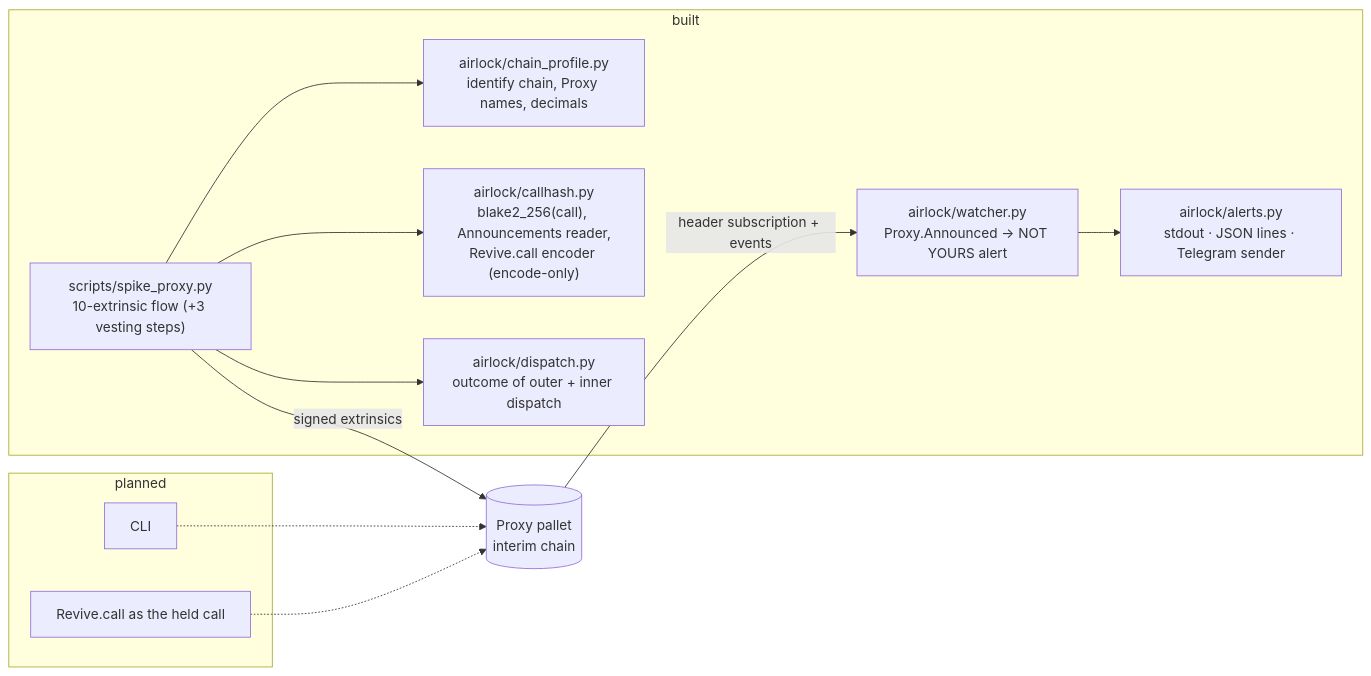
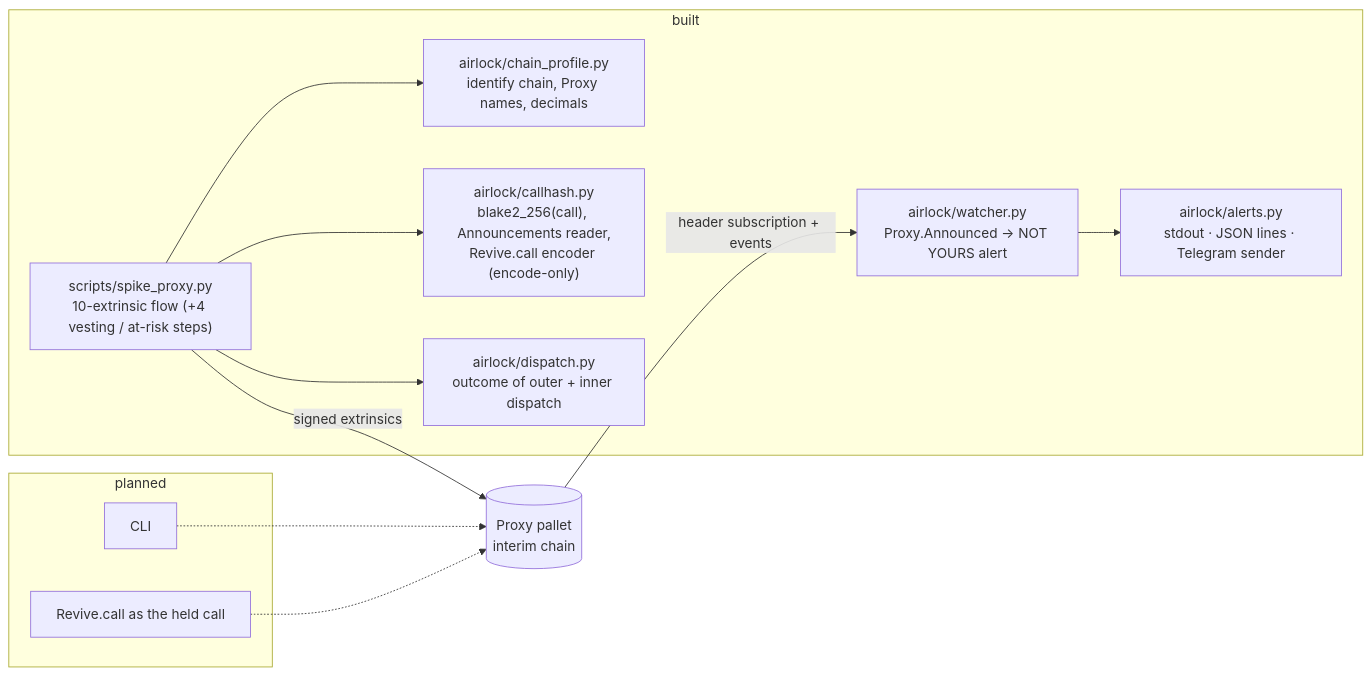
The diagram in README.md (edycutjong/portaldot-hackathon-2026-airlock-edycu), drawn with Mermaid before and after one commit. The commit also changed other lines of this file and 13 other files, not shown here.

````diff
--- a/README.md
+++ b/README.md
@@ -49,23 +49,23 @@
 ```mermaid
 flowchart LR
   subgraph built["built"]
     CP["airlock/chain_profile.py<br/>identify chain, Proxy names, decimals"]
     CH["airlock/callhash.py<br/>blake2_256(call), Announcements reader,<br/>Revive.call encoder (encode-only)"]
     DP["airlock/dispatch.py<br/>outcome of outer + inner dispatch"]
-    SP["scripts/spike_proxy.py<br/>10-extrinsic flow (+3 vesting steps)"]
+    SP["scripts/spike_proxy.py<br/>10-extrinsic flow (+4 vesting / at-risk steps)"]
     W["airlock/watcher.py<br/>Proxy.Announced → NOT YOURS alert"]
     AL["airlock/alerts.py<br/>stdout · JSON lines · Telegram sender"]
   end
   subgraph planned["planned"]
     CLI["CLI"]
     REV["Revive.call as the held call"]
   end
   SP --> CP
   SP --> CH
   SP --> DP
   SP -->|"signed extrinsics"| N[("Proxy pallet<br/>interim chain")]
   N -->|"header subscription + events"| W
   W --> AL
   CLI -.-> N
   REV -.-> N
 ```
````
